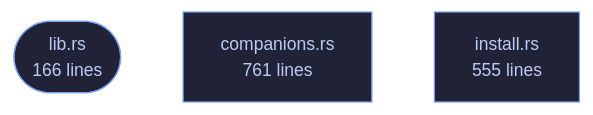
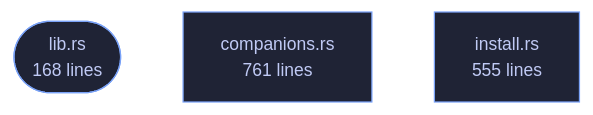
The diagram in crates/veilvoice-setup/README.md (tilas01/veilvoice), drawn with Mermaid before and after one commit. The commit also changed other lines of this file and 56 other files, not shown here.

````diff
--- a/crates/veilvoice-setup/README.md
+++ b/crates/veilvoice-setup/README.md
@@ -103,10 +103,10 @@
 ```mermaid
 %%{init: {"theme":"base","themeVariables":{"background":"#1a1b26","primaryColor":"#1f2335","primaryTextColor":"#c0caf5","primaryBorderColor":"#7aa2f7","secondaryColor":"#16161e","tertiaryColor":"#16161e","lineColor":"#737aa2","textColor":"#c0caf5","mainBkg":"#1f2335","nodeBorder":"#7aa2f7","clusterBkg":"#16161e","clusterBorder":"#2f3549","fontFamily":"ui-monospace, SFMono-Regular, Consolas, monospace","fontSize":"14px"}}}%%
 flowchart TD
-    n_lib(["lib.rs<br/>166 lines"])
+    n_lib(["lib.rs<br/>168 lines"])
     n_companions["companions.rs<br/>761 lines"]
     n_install["install.rs<br/>555 lines"]
     click n_lib href "https://github.com/tilas01/veilvoice/blob/main/crates/veilvoice-setup/src/lib.rs" "open the source"
     click n_companions href "https://github.com/tilas01/veilvoice/blob/main/crates/veilvoice-setup/src/companions.rs" "open the source"
     click n_install href "https://github.com/tilas01/veilvoice/blob/main/crates/veilvoice-setup/src/install.rs" "open the source"
 ```
````
